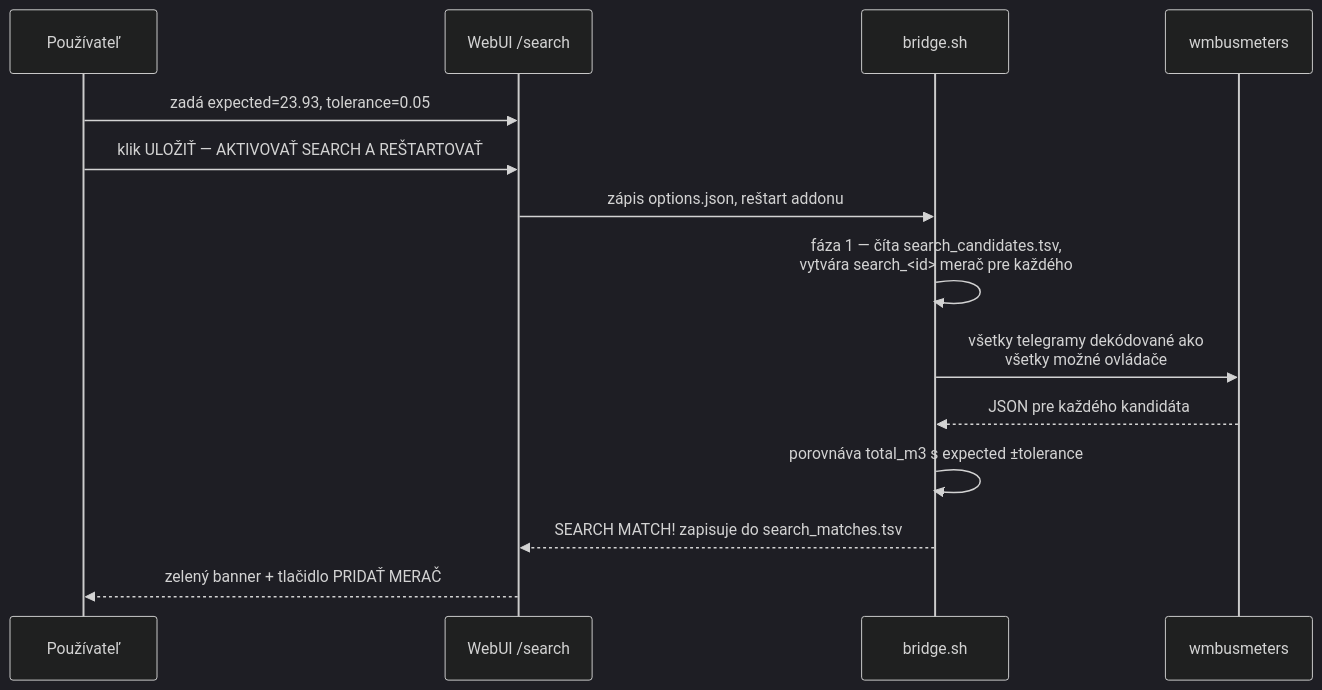
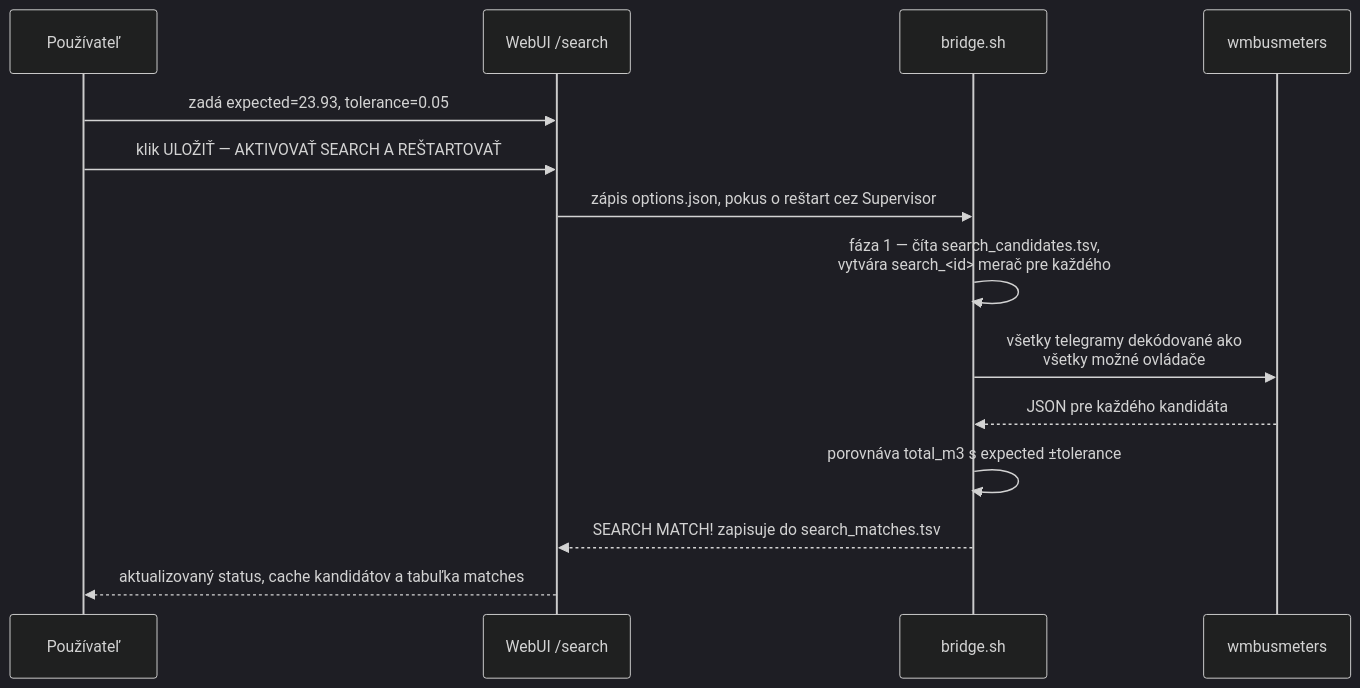
Before and after one commit to Kustonium/homeassistant-wmbus-mqtt-bridge-dev: the fifth of 7 diagrams in docs/README.sk.md, drawn with Mermaid (dark theme). The commit also changed other lines of this file and 222 other files, not shown here.

````diff
--- a/docs/README.sk.md
+++ b/docs/README.sk.md
@@ -409,17 +409,17 @@
 ```mermaid
 sequenceDiagram
   participant U as Používateľ
   participant W as WebUI /search
   participant B as bridge.sh
   participant WM as wmbusmeters
 
   U->>W: zadá expected=23.93, tolerance=0.05
   U->>W: klik ULOŽIŤ — AKTIVOVAŤ SEARCH A REŠTARTOVAŤ
-  W->>B: zápis options.json, reštart addonu
+  W->>B: zápis options.json, pokus o reštart cez Supervisor
   B->>B: fáza 1 — číta search_candidates.tsv,<br/>vytvára search_<id> merač pre každého
   B->>WM: všetky telegramy dekódované ako<br/>všetky možné ovládače
   WM-->>B: JSON pre každého kandidáta
   B->>B: porovnáva total_m3 s expected ±tolerance
   B-->>W: SEARCH MATCH! zapisuje do search_matches.tsv
-  W-->>U: zelený banner + tlačidlo PRIDAŤ MERAČ
+  W-->>U: aktualizovaný status, cache kandidátov a tabuľka matches
 ```
````
